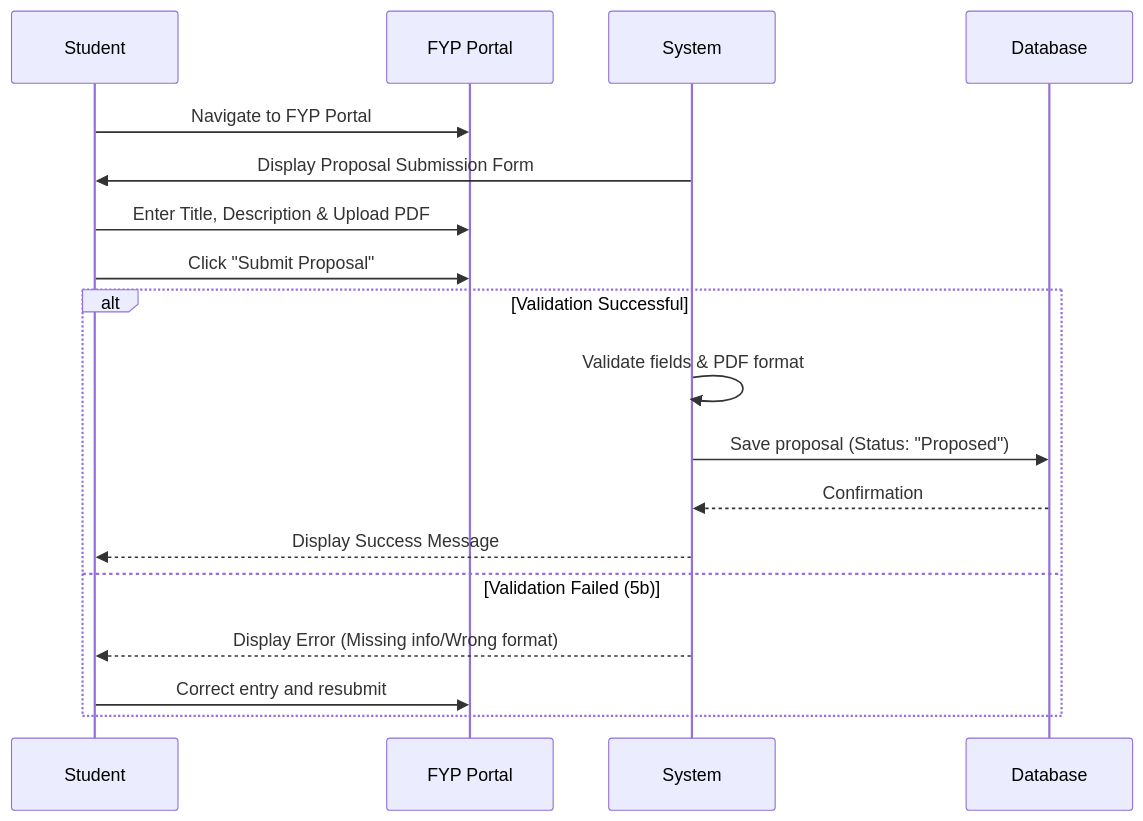
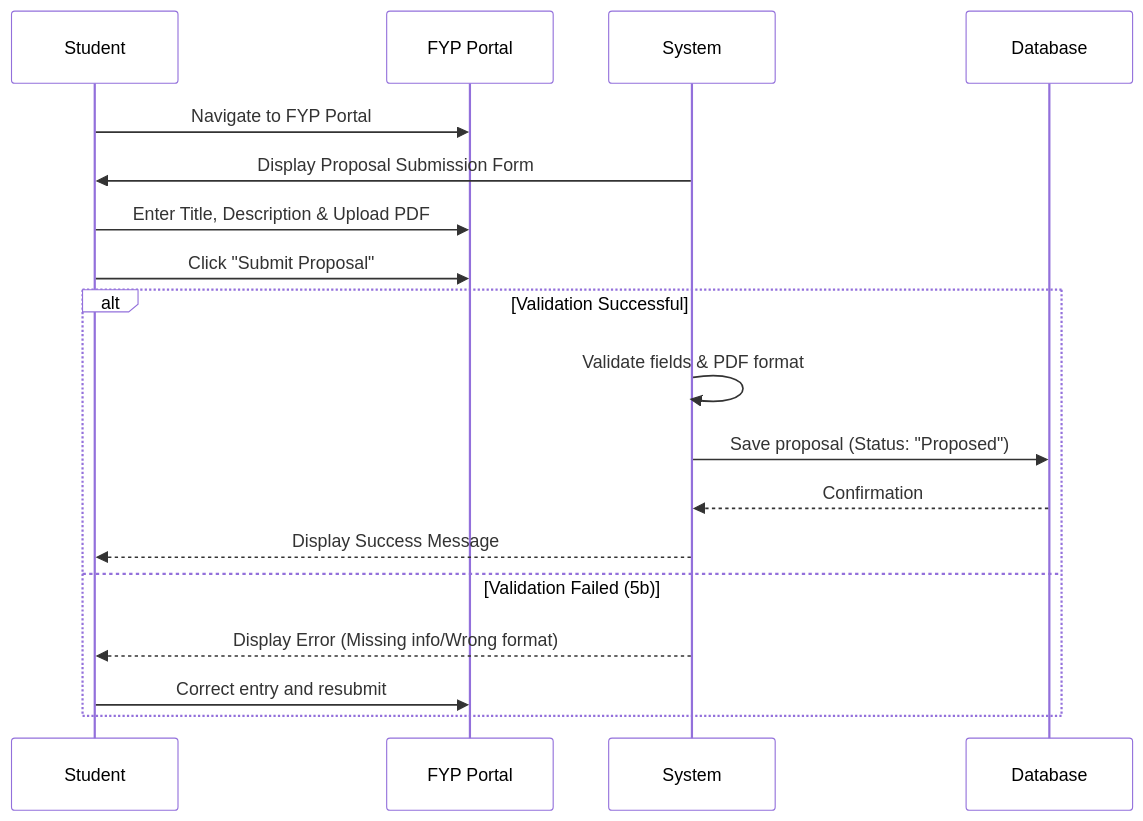
The second of 5 diagrams in USE_CASES.md (Abdulhalim7177/fyb.swebuk), drawn with Mermaid before and after one commit. The commit also changed other lines of this file and 1 other file, not shown here.

````diff
--- a/USE_CASES.md
+++ b/USE_CASES.md
@@ -40,22 +53,23 @@
 ```mermaid
+%%{init: {'theme': 'default', 'themeVariables': { 'mainBkg': '#ffffff'}}}%%
 sequenceDiagram
     participant Student
     participant Portal as FYP Portal
     participant System
     participant DB as Database
 
     Student->>Portal: Navigate to FYP Portal
     System->>Student: Display Proposal Submission Form
     Student->>Portal: Enter Title, Description & Upload PDF
     Student->>Portal: Click "Submit Proposal"
     
     alt Validation Successful
         System->>System: Validate fields & PDF format
         System->>DB: Save proposal (Status: "Proposed")
         DB-->>System: Confirmation
         System-->>Student: Display Success Message
     else Validation Failed (5b)
         System-->>Student: Display Error (Missing info/Wrong format)
         Student->>Portal: Correct entry and resubmit
     end
 ```
````
